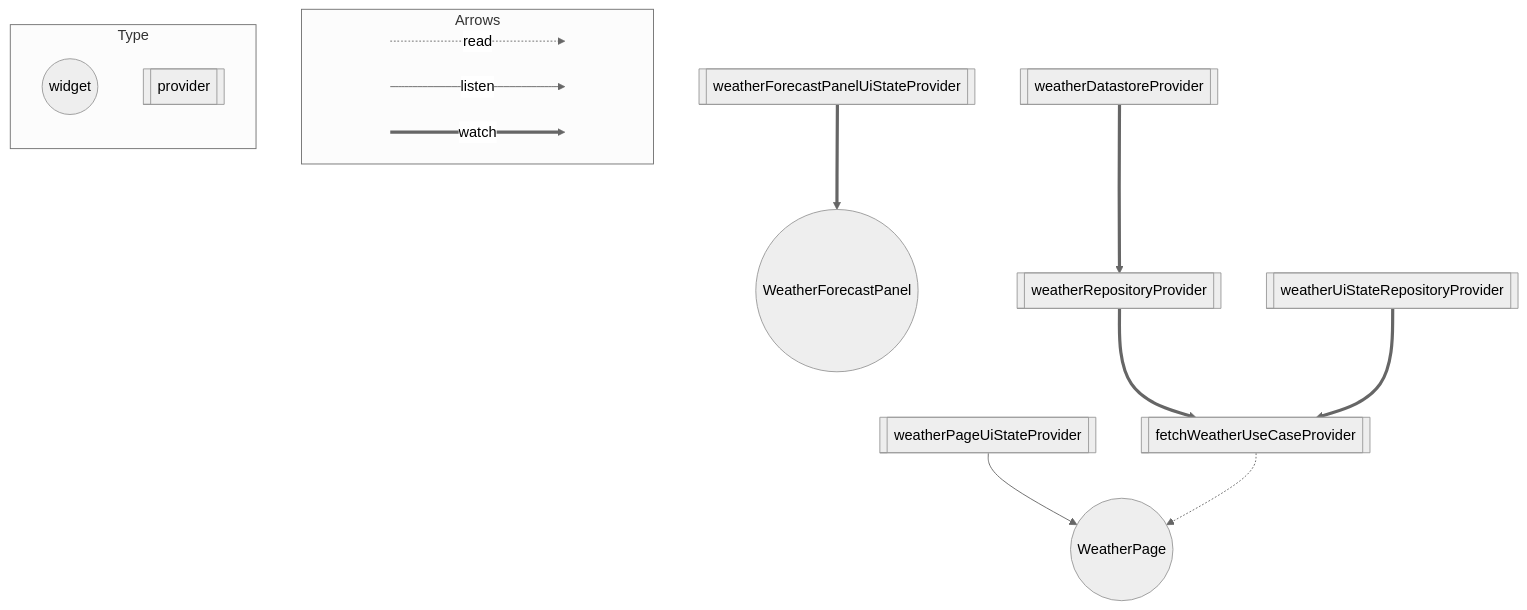
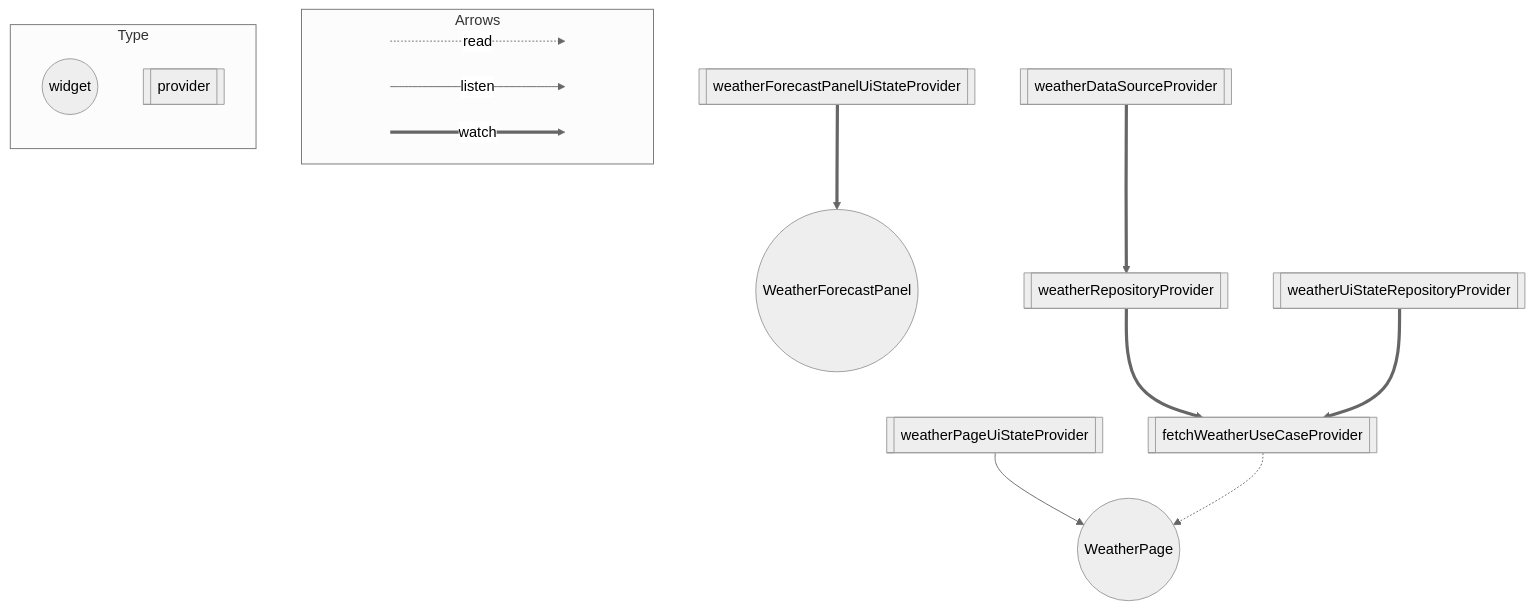
The diagram in docs/sessions/state_management.md (yumemi-inc/flutter-training-template), drawn with Mermaid (neutral theme) before and after one commit.

Commit message:
improve: Rename Datastore to DataSource

````diff
--- a/docs/sessions/state_management.md
+++ b/docs/sessions/state_management.md
@@ -25,35 +25,35 @@
 ```mermaid
 flowchart TB
   subgraph Arrows
     direction LR
     start1[ ] -..->|read| stop1[ ]
     style start1 height:0px;
     style stop1 height:0px;
     start2[ ] --->|listen| stop2[ ]
     style start2 height:0px;
     style stop2 height:0px; 
     start3[ ] ===>|watch| stop3[ ]
     style start3 height:0px;
     style stop3 height:0px; 
   end
 
   subgraph Type
     direction TB
     ConsumerWidget((widget));
     Provider[[provider]];
   end
   WeatherPage((WeatherPage));
   weatherPageUiStateProvider --> WeatherPage;
   fetchWeatherUseCaseProvider -.-> WeatherPage;
   WeatherForecastPanel((WeatherForecastPanel));
   weatherForecastPanelUiStateProvider ==> WeatherForecastPanel;
   weatherPageUiStateProvider[[weatherPageUiStateProvider]];
   fetchWeatherUseCaseProvider[[fetchWeatherUseCaseProvider]];
   weatherRepositoryProvider ==> fetchWeatherUseCaseProvider;
   weatherUiStateRepositoryProvider ==> fetchWeatherUseCaseProvider;
   weatherForecastPanelUiStateProvider[[weatherForecastPanelUiStateProvider]];
   weatherRepositoryProvider[[weatherRepositoryProvider]];
-  weatherDatastoreProvider ==> weatherRepositoryProvider;
+  weatherDataSourceProvider ==> weatherRepositoryProvider;
   weatherUiStateRepositoryProvider[[weatherUiStateRepositoryProvider]];
-  weatherDatastoreProvider[[weatherDatastoreProvider]];
+  weatherDataSourceProvider[[weatherDataSourceProvider]];
 ```
````
